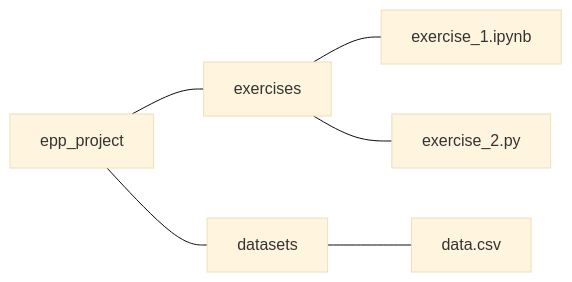
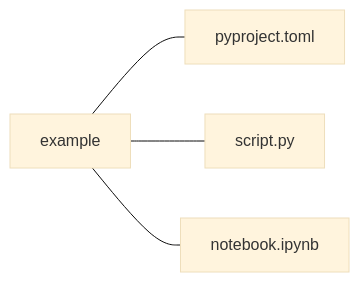
Before and after one commit to OpenSourceEconomics/epp_topics: the diagram in src/epp_topics/python_installation_execution/executing_notebook_vscode/screencast/slides.md, drawn with Mermaid (base theme). The commit also changed other lines of this file and 397 other files, not shown here.

````diff
--- a/src/epp_topics/python_installation_execution/executing_notebook_vscode/screencast/slides.md
+++ b/src/epp_topics/python_installation_execution/executing_notebook_vscode/screencast/slides.md
@@ -45,9 +49,7 @@
 ```mermaid {theme: 'dark', scale: 0.8}
 graph LR
     classDef highlight fill:#FF4500;
-    A["epp_project"] --- B["exercises"]
-    B["exercises"] --- C["exercise_1.ipynb"]
-    B["exercises"] --- D["exercise_2.py"]
-    A["epp_project"] --- E["datasets"]
-    E["datasets"] --- F["data.csv"]
+    A["example"] --- B["pyproject.toml"]
+    A --- C["script.py"]
+    A --- D["notebook.ipynb"]
 ```
````
